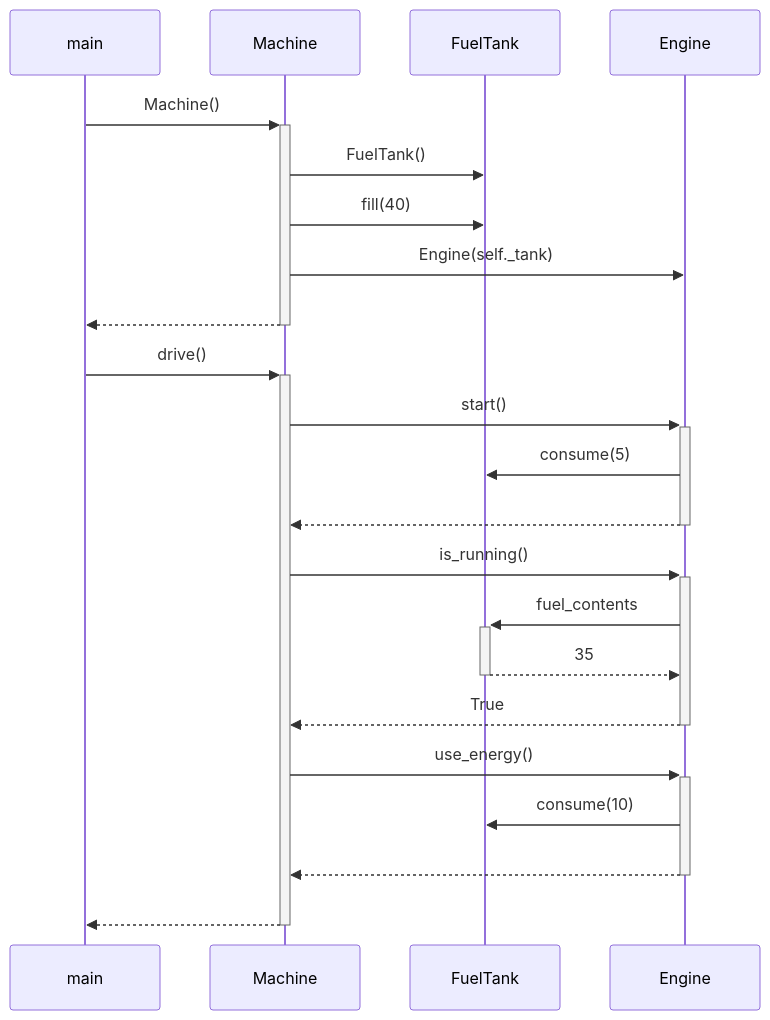
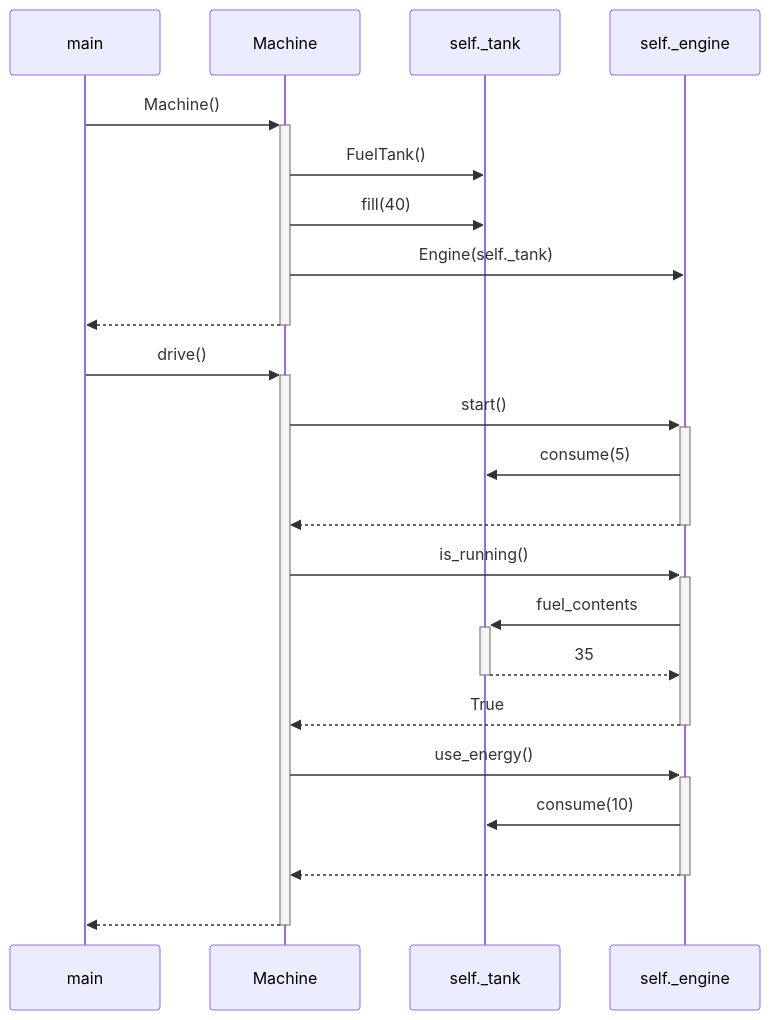
One commit to KyperCT/ohjelmistotekniikka-harjoitus changed the third of 4 diagrams in laskarit/viikko3/luokkakaaviot.md. Above: the diagram before and after it, drawn with Mermaid. The commit also changed other lines of this file, not shown here.

````diff
--- a/laskarit/viikko3/luokkakaaviot.md
+++ b/laskarit/viikko3/luokkakaaviot.md
@@ -54,23 +54,25 @@
 ```mermaid
 sequenceDiagram
+participant main
+participant Machine
+participant FuelTank as self._tank
+participant Engine as self._engine
 main ->>+ Machine: Machine()
 Machine ->> FuelTank: FuelTank()
 Machine ->> FuelTank: fill(40)
 Machine ->> Engine: Engine(self._tank)
 Machine -->>- main: #160;
 
 main ->>+ Machine: drive()
 Machine ->>+ Engine: start()
 Engine ->> FuelTank: consume(5)
 Engine -->>- Machine: #160;
 Machine ->>+ Engine: is_running()
 Engine ->>+ FuelTank: fuel_contents
 FuelTank -->>- Engine: 35
 Engine -->>- Machine: True
 Machine ->>+ Engine: use_energy()
 Engine ->> FuelTank: consume(10)
 Engine -->>- Machine: #160;
 Machine -->>- main: #160;
-
-
 ```
````
